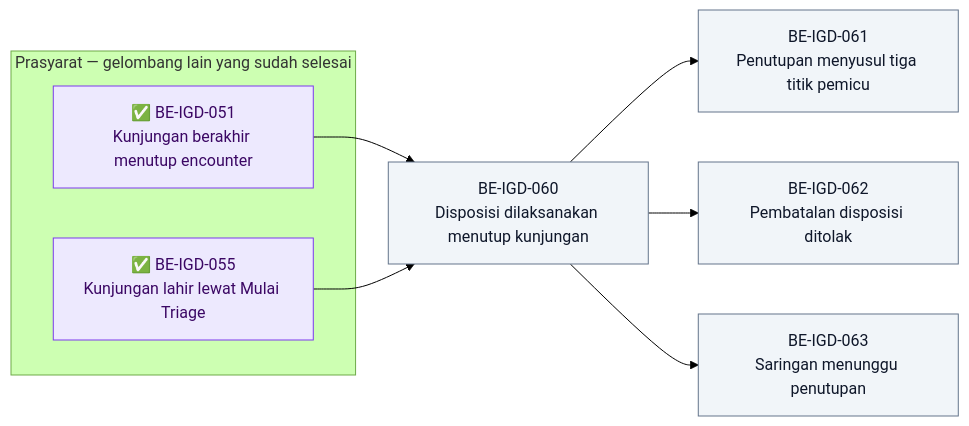
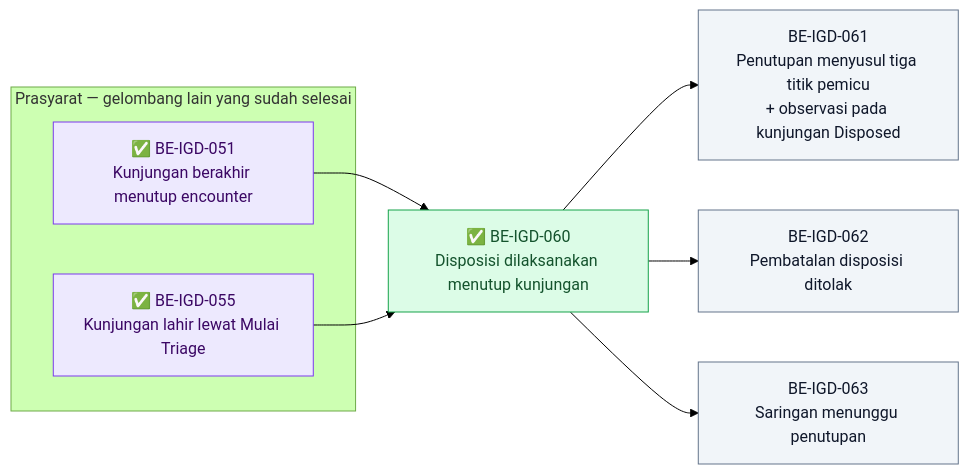
Before and after one commit to DevBenari/NewQuilvianSystemBackend: diagram 12 of 12 in docs/module-blueprints/igd/roadmap/backend-roadmap.md, drawn with Mermaid (forest theme). The commit also changed other lines of this file and 23 other files, not shown here.

Commit message:
memperbaiki bagian observasi pasien IGD

````diff
--- a/docs/module-blueprints/igd/roadmap/backend-roadmap.md
+++ b/docs/module-blueprints/igd/roadmap/backend-roadmap.md
@@ -2749,24 +2754,24 @@
 ```mermaid
 flowchart LR
     classDef selesai fill:#DCFCE7,stroke:#16A34A,color:#14532D
     classDef sebagian fill:#FEF9C3,stroke:#CA8A04,color:#713F12
     classDef terblokir fill:#FEE2E2,stroke:#DC2626,color:#7F1D1D
     classDef belum fill:#F1F5F9,stroke:#64748B,color:#0F172A
     classDef luar fill:#EDE9FE,stroke:#7C3AED,color:#3B0764
 
     subgraph prasyarat14["Prasyarat — gelombang lain yang sudah selesai"]
         BEIGD051X["✅ BE-IGD-051<br/>Kunjungan berakhir menutup encounter"]:::luar
         BEIGD055X["✅ BE-IGD-055<br/>Kunjungan lahir lewat Mulai Triage"]:::luar
     end
 
-    BEIGD060["BE-IGD-060<br/>Disposisi dilaksanakan menutup kunjungan"]:::belum
-    BEIGD061["BE-IGD-061<br/>Penutupan menyusul tiga titik pemicu"]:::belum
+    BEIGD060["✅ BE-IGD-060<br/>Disposisi dilaksanakan menutup kunjungan"]:::selesai
+    BEIGD061["BE-IGD-061<br/>Penutupan menyusul tiga titik pemicu<br/>+ observasi pada kunjungan Disposed"]:::belum
     BEIGD062["BE-IGD-062<br/>Pembatalan disposisi ditolak"]:::belum
     BEIGD063["BE-IGD-063<br/>Saringan menunggu penutupan"]:::belum
 
     BEIGD051X --> BEIGD060
     BEIGD055X --> BEIGD060
     BEIGD060 --> BEIGD061
     BEIGD060 --> BEIGD062
     BEIGD060 --> BEIGD063
 ```
````
